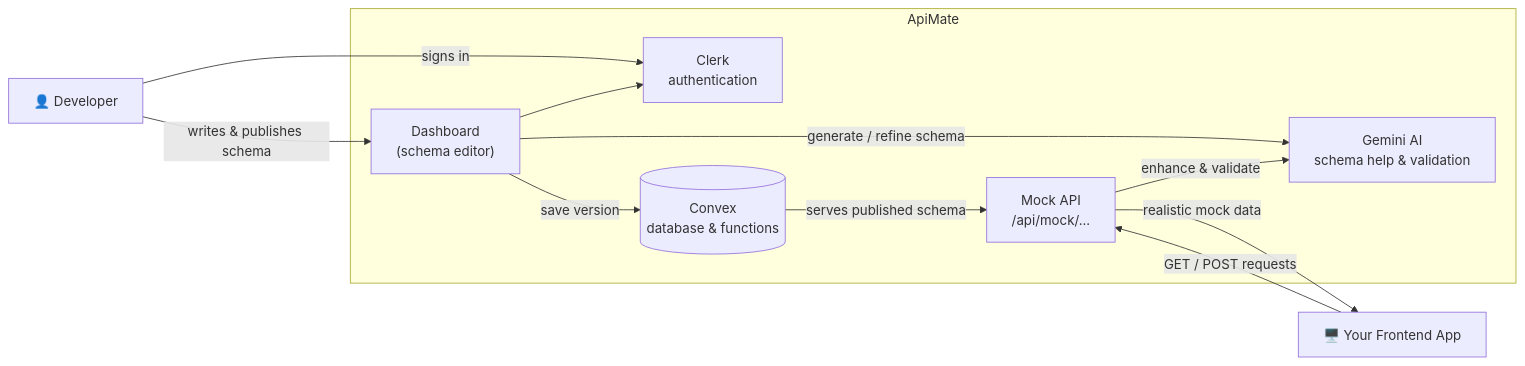
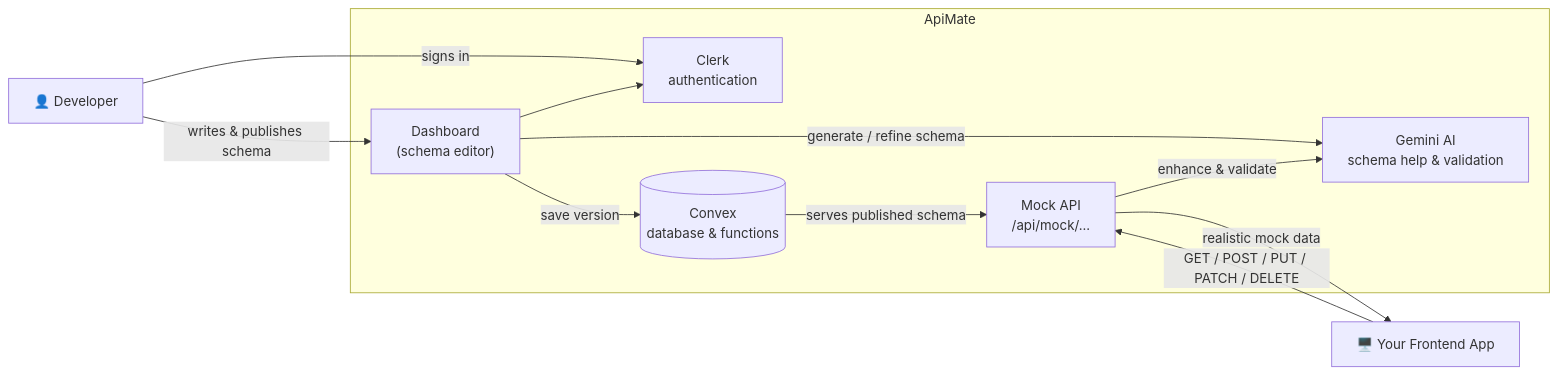
One commit to rohanwani10/API_Mate changed the diagram in README.md. Above: the diagram before and after it, drawn with Mermaid. The commit also changed other lines of this file, not shown here.

````diff
--- a/README.md
+++ b/README.md
@@ -112,24 +113,24 @@
 ```mermaid
 flowchart LR
     Dev["👤 Developer"]
 
     subgraph App["ApiMate"]
         UI["Dashboard<br/>(schema editor)"]
         Auth["Clerk<br/>authentication"]
         DB[("Convex<br/>database & functions")]
         AI["Gemini AI<br/>schema help & validation"]
         Mock["Mock API<br/>/api/mock/..."]
     end
 
     Frontend["🖥️ Your Frontend App"]
 
     Dev -- "signs in" --> Auth
     Dev -- "writes & publishes schema" --> UI
     UI --> Auth
     UI -- "save version" --> DB
     UI -- "generate / refine schema" --> AI
     DB -- "serves published schema" --> Mock
     Mock -- "enhance & validate" --> AI
-    Frontend -- "GET / POST requests" --> Mock
+    Frontend -- "GET / POST / PUT / PATCH / DELETE" --> Mock
     Mock -- "realistic mock data" --> Frontend
 ```
````
